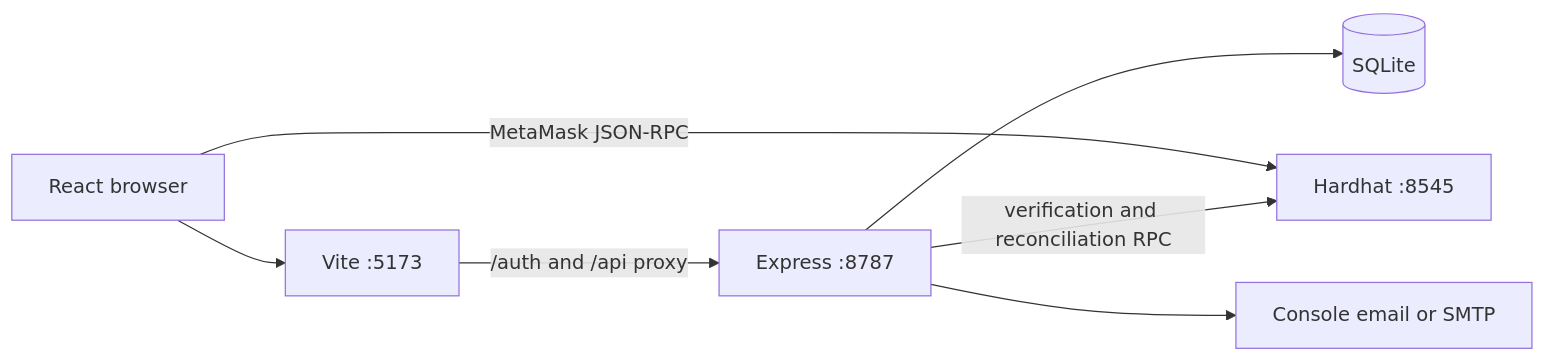
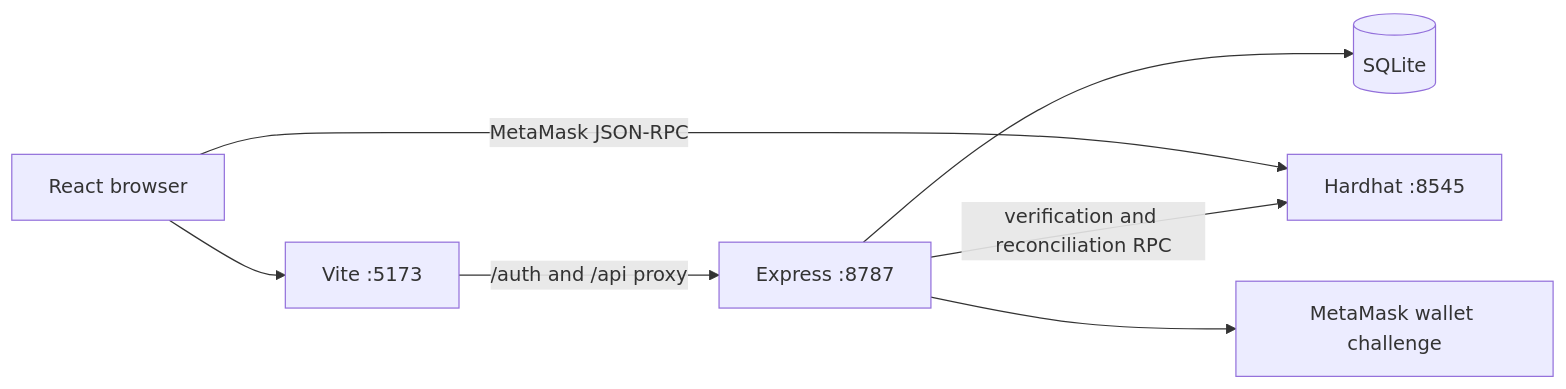
Before and after one commit to akhil-preetham/event-rental-blockchain: the diagram in README.md, drawn with Mermaid. The commit also changed other lines of this file and 21 other files, not shown here.

````diff
--- a/README.md
+++ b/README.md
@@ -134,9 +133,9 @@
 ```mermaid
 flowchart LR
   Browser[React browser] --> Vite[Vite :5173]
   Vite -->|/auth and /api proxy| API[Express :8787]
   API --> SQLite[(SQLite)]
   Browser -->|MetaMask JSON-RPC| Chain[Hardhat :8545]
   API -->|verification and reconciliation RPC| Chain
-  API --> Mail[Console email or SMTP]
+  API --> Wallet[MetaMask wallet challenge]
 ```
````
